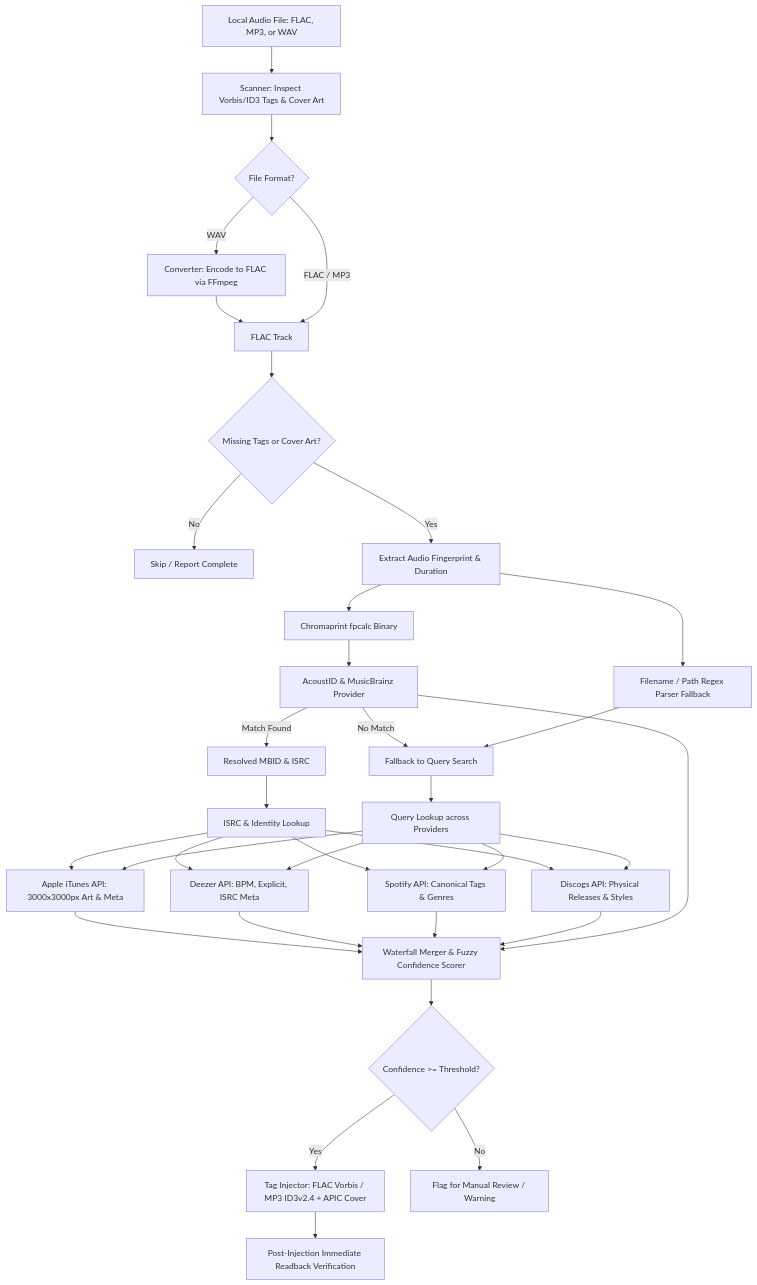
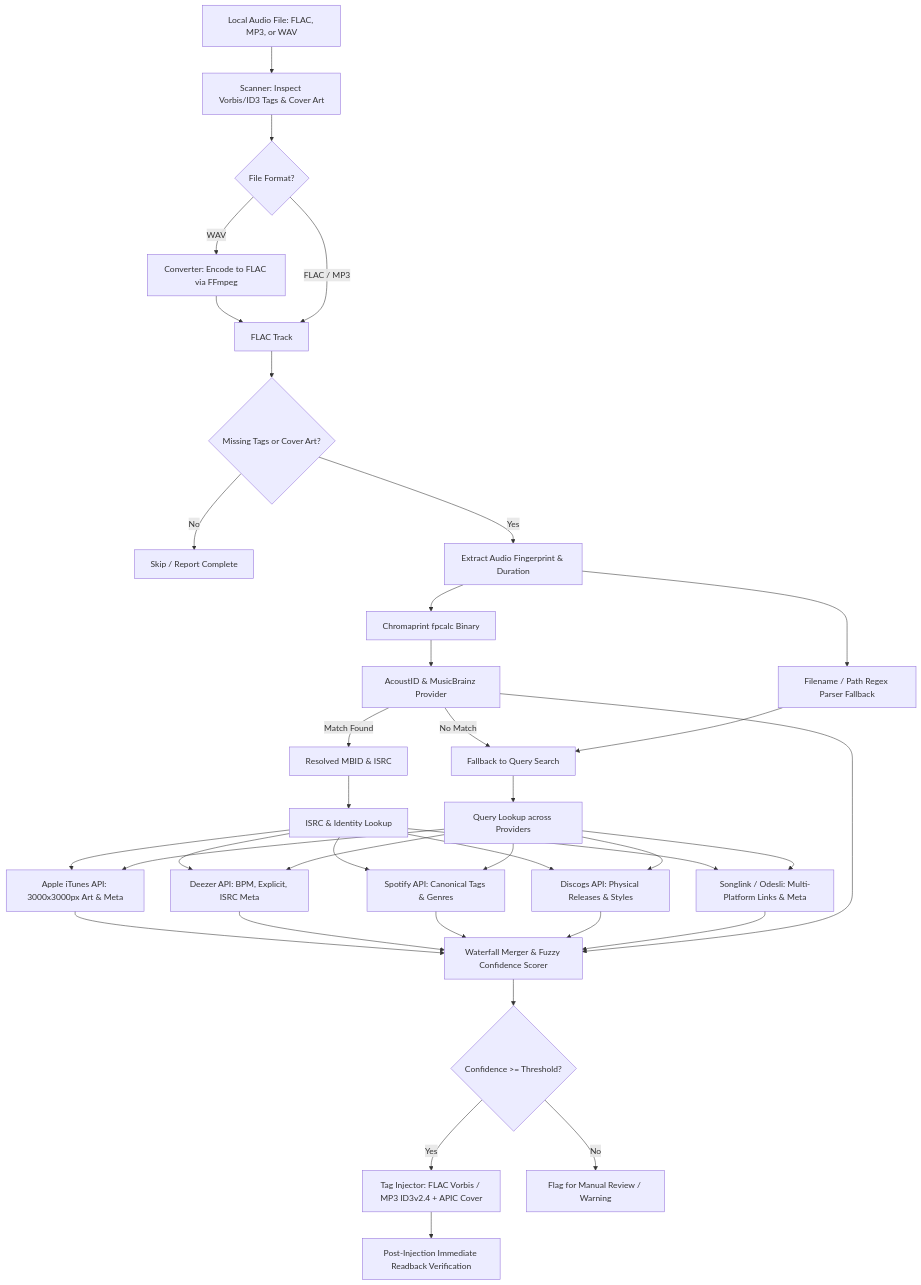
Before and after one commit to PeterMaks/Audio-inject: the diagram in README.md, drawn with Mermaid. The commit also changed other lines of this file and 11 other files, not shown here.

````diff
--- a/README.md
+++ b/README.md
@@ -29,42 +30,45 @@
 ```mermaid
 graph TD
     A[Local Audio File: FLAC, MP3, or WAV] --> B[Scanner: Inspect Vorbis/ID3 Tags & Cover Art]
     B --> C{File Format?}
     C -- WAV --> D[Converter: Encode to FLAC via FFmpeg]
     D --> E[FLAC Track]
     C -- FLAC / MP3 --> E
     E --> F{Missing Tags or Cover Art?}
     F -- No --> G[Skip / Report Complete]
     F -- Yes --> H[Extract Audio Fingerprint & Duration]
     H --> I[Chromaprint fpcalc Binary]
     H --> J[Filename / Path Regex Parser Fallback]
     
     I --> K[AcoustID & MusicBrainz Provider]
     K -->|Match Found| L[Resolved MBID & ISRC]
     K -->|No Match| M[Fallback to Query Search]
     
     J --> M
     L --> N[ISRC & Identity Lookup]
     M --> O[Query Lookup across Providers]
     
     N --> P[Apple iTunes API: 3000x3000px Art & Meta]
     N --> Q[Deezer API: BPM, Explicit, ISRC Meta]
     N --> R[Spotify API: Canonical Tags & Genres]
     N --> D2[Discogs API: Physical Releases & Styles]
+    N --> SL[Songlink / Odesli: Multi-Platform Links & Meta]
     
     O --> P
     O --> Q
     O --> R
     O --> D2
+    O --> SL
     
     P --> S[Waterfall Merger & Fuzzy Confidence Scorer]
     Q --> S
     R --> S
     D2 --> S
+    SL --> S
     K --> S
     
     S --> T{Confidence >= Threshold?}
     T -- Yes --> U[Tag Injector: FLAC Vorbis / MP3 ID3v2.4 + APIC Cover]
     T -- No --> V[Flag for Manual Review / Warning]
     U --> W[Post-Injection Immediate Readback Verification]
 ```
````
